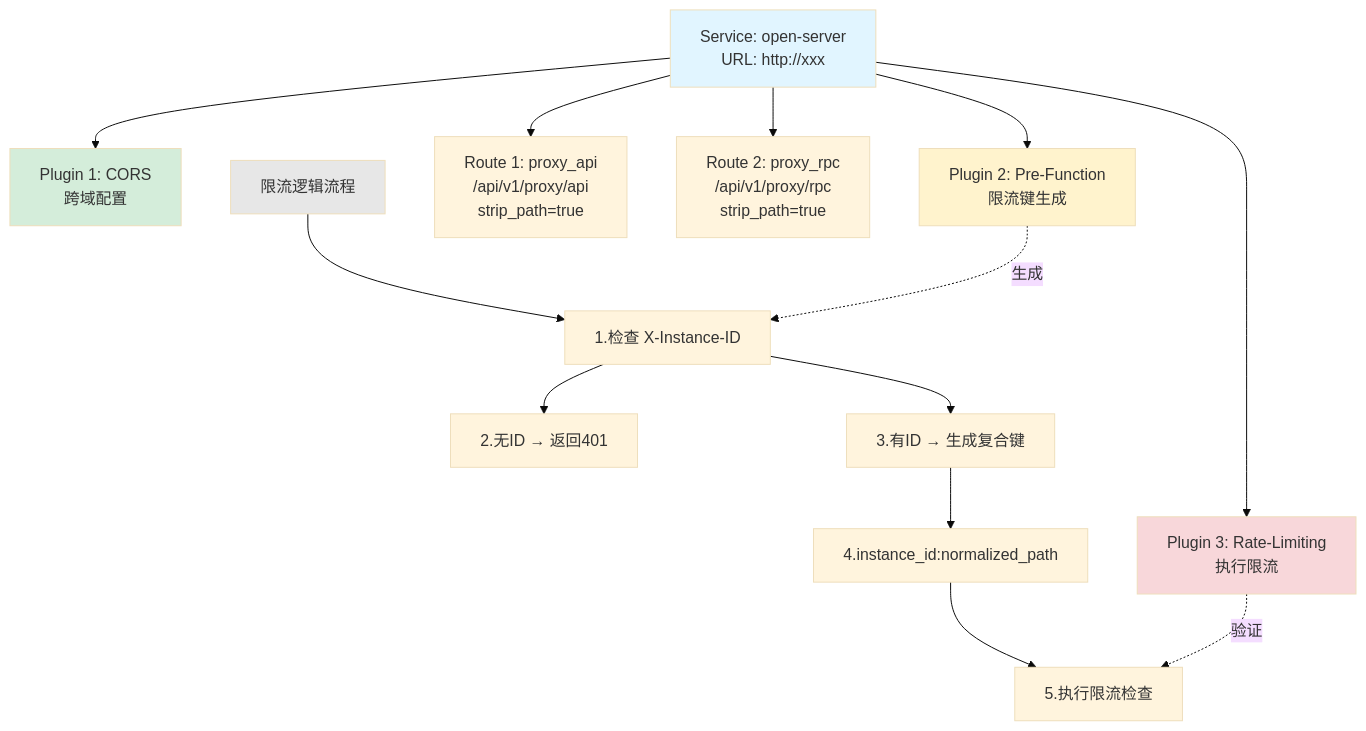
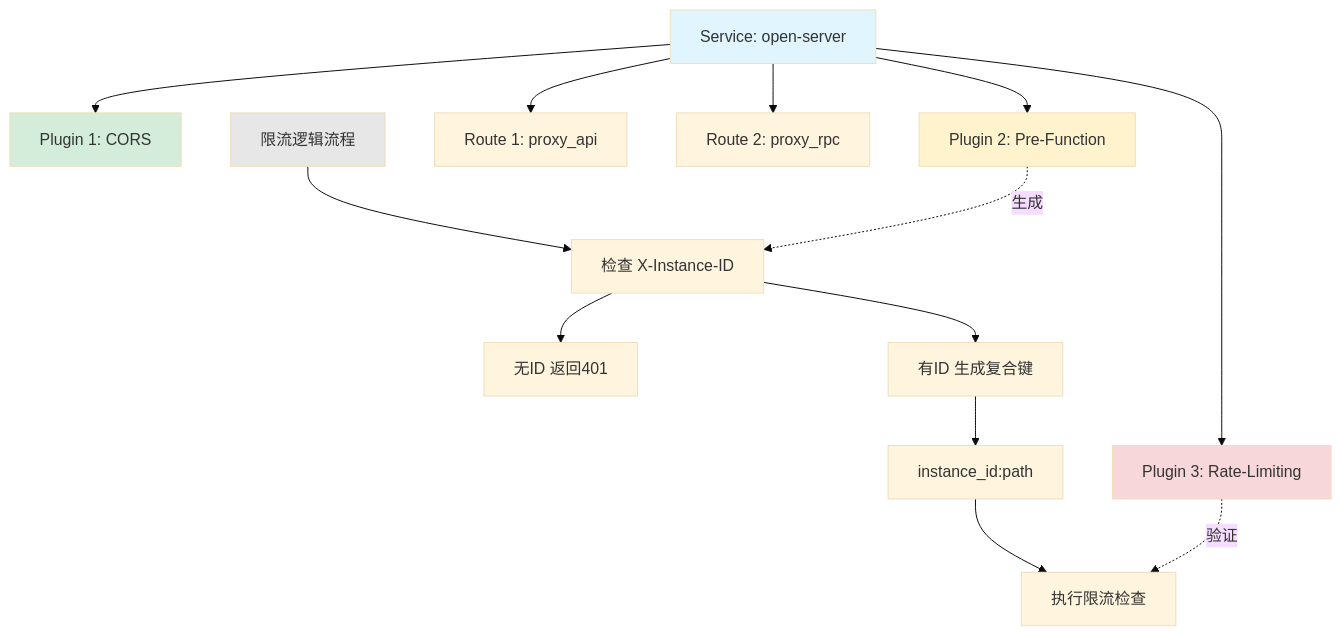
One commit to yingjianzh/iodraw-files changed the diagram in all/未命名-8.md. Above: the diagram before and after it, drawn with Mermaid (base theme).

Commit message:
2025-12-10 11:01:20 update

````diff
--- a/all/未命名-8.md
+++ b/all/未命名-8.md
@@ -1,39 +1,39 @@
 ```mermaid
 graph TB
-    S1[Service: open-server<br/>URL: http://xxx]
+    S1[Service: open-server]
     
-    S1P1[Plugin 1: CORS<br/>跨域配置]
-    S1P2[Plugin 2: Pre-Function<br/>限流键生成]
-    S1P3[Plugin 3: Rate-Limiting<br/>执行限流]
+    S1P1[Plugin 1: CORS]
+    S1P2[Plugin 2: Pre-Function]
+    S1P3[Plugin 3: Rate-Limiting]
     
-    R1[Route 1: proxy_api<br/>/api/v1/proxy/api<br/>strip_path=true]
-    R2[Route 2: proxy_rpc<br/>/api/v1/proxy/rpc<br/>strip_path=true]
+    R1[Route 1: proxy_api]
+    R2[Route 2: proxy_rpc]
     
     S1 --> S1P1
     S1 --> S1P2
     S1 --> S1P3
     S1 --> R1
     S1 --> R2
     
     Logic[限流逻辑流程]
-    L1[1.检查 X-Instance-ID]
-    L2[2.无ID → 返回401]
-    L3[3.有ID → 生成复合键]
-    L4[4.instance_id:normalized_path]
-    L5[5.执行限流检查]
+    L1[检查 X-Instance-ID]
+    L2[无ID 返回401]
+    L3[有ID 生成复合键]
+    L4[instance_id:path]
+    L5[执行限流检查]
     
     Logic --> L1
     L1 --> L2
     L1 --> L3
     L3 --> L4
     L4 --> L5
     
     S1P2 -.生成.-> L1
     S1P3 -.验证.-> L5
     
     style S1 fill:#e1f5ff
     style S1P1 fill:#d4edda
     style S1P2 fill:#fff3cd
     style S1P3 fill:#f8d7da
     style Logic fill:#e7e7e7
 ```
````
